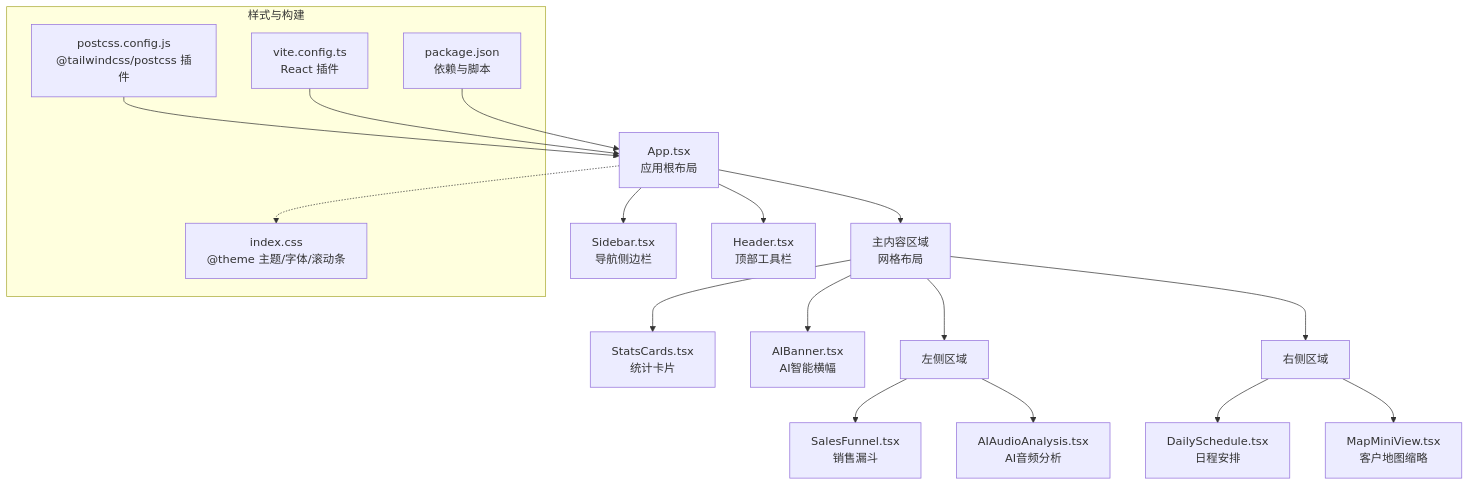
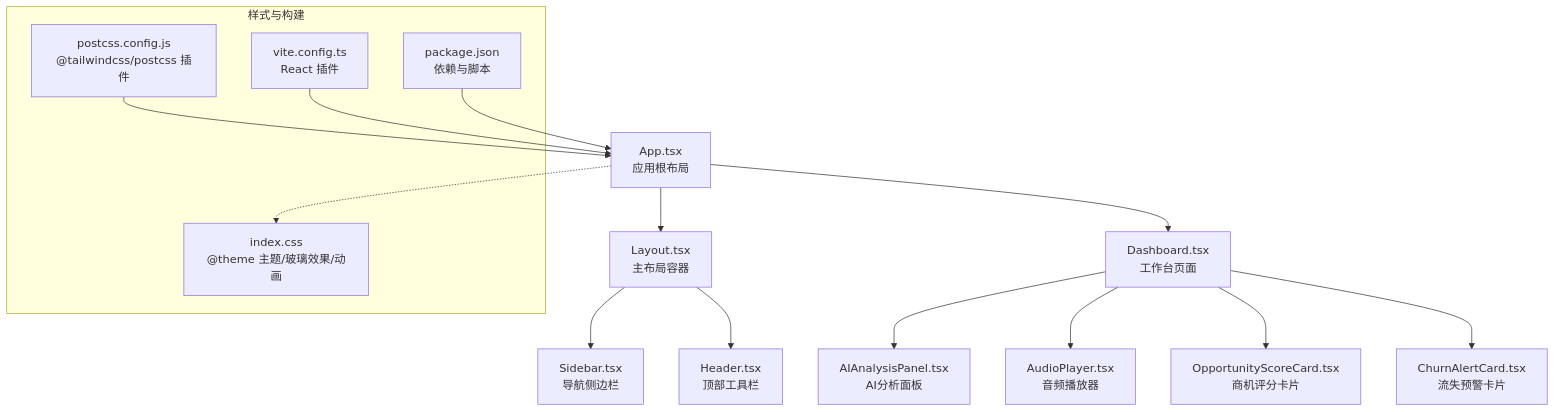
One commit to xianjianshenqu/SalesFlow-CRM changed the first of 4 diagrams in .qoder/repowiki/zh/content/UI_UX设计/UI_UX设计.md. Above: the diagram before and after it, drawn with Mermaid. The commit also changed other lines of this file and 9 other files, not shown here.

````diff
--- a/.qoder/repowiki/zh/content/UI_UX设计/UI_UX设计.md
+++ b/.qoder/repowiki/zh/content/UI_UX设计/UI_UX设计.md
@@ -38,24 +48,21 @@
 ```mermaid
 graph TB
-A["App.tsx<br/>应用根布局"] --> B["Sidebar.tsx<br/>导航侧边栏"]
-A --> C["Header.tsx<br/>顶部工具栏"]
-A --> D["主内容区域<br/>网格布局"]
-D --> E["StatsCards.tsx<br/>统计卡片"]
-D --> F["AIBanner.tsx<br/>AI智能横幅"]
-D --> G["左侧区域"]
-G --> H["SalesFunnel.tsx<br/>销售漏斗"]
-G --> I["AIAudioAnalysis.tsx<br/>AI音频分析"]
-D --> J["右侧区域"]
-J --> K["DailySchedule.tsx<br/>日程安排"]
-J --> L["MapMiniView.tsx<br/>客户地图缩略"]
+A["App.tsx<br/>应用根布局"] --> B["Layout.tsx<br/>主布局容器"]
+B --> C["Sidebar.tsx<br/>导航侧边栏"]
+B --> D["Header.tsx<br/>顶部工具栏"]
+A --> E["Dashboard.tsx<br/>工作台页面"]
+E --> F["AIAnalysisPanel.tsx<br/>AI分析面板"]
+E --> G["AudioPlayer.tsx<br/>音频播放器"]
+E --> H["OpportunityScoreCard.tsx<br/>商机评分卡片"]
+E --> I["ChurnAlertCard.tsx<br/>流失预警卡片"]
 subgraph "样式与构建"
-M["index.css<br/>@theme 主题/字体/滚动条"]
-N["postcss.config.js<br/>@tailwindcss/postcss 插件"]
-O["vite.config.ts<br/>React 插件"]
-P["package.json<br/>依赖与脚本"]
+J["index.css<br/>@theme 主题/玻璃效果/动画"]
+K["postcss.config.js<br/>@tailwindcss/postcss 插件"]
+L["vite.config.ts<br/>React 插件"]
+M["package.json<br/>依赖与脚本"]
 end
-A -.-> M
-N --> A
-O --> A
-P --> A
+A -.-> J
+K --> A
+L --> A
+M --> A
 ```
````
